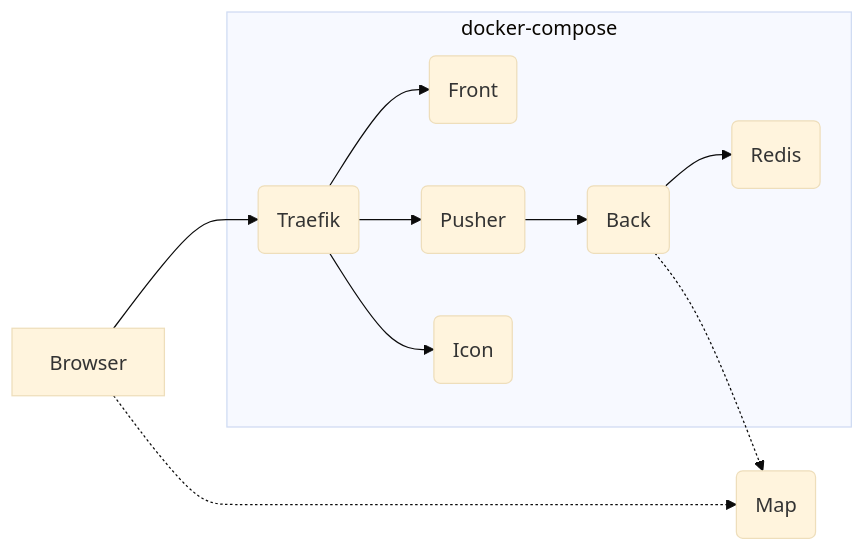
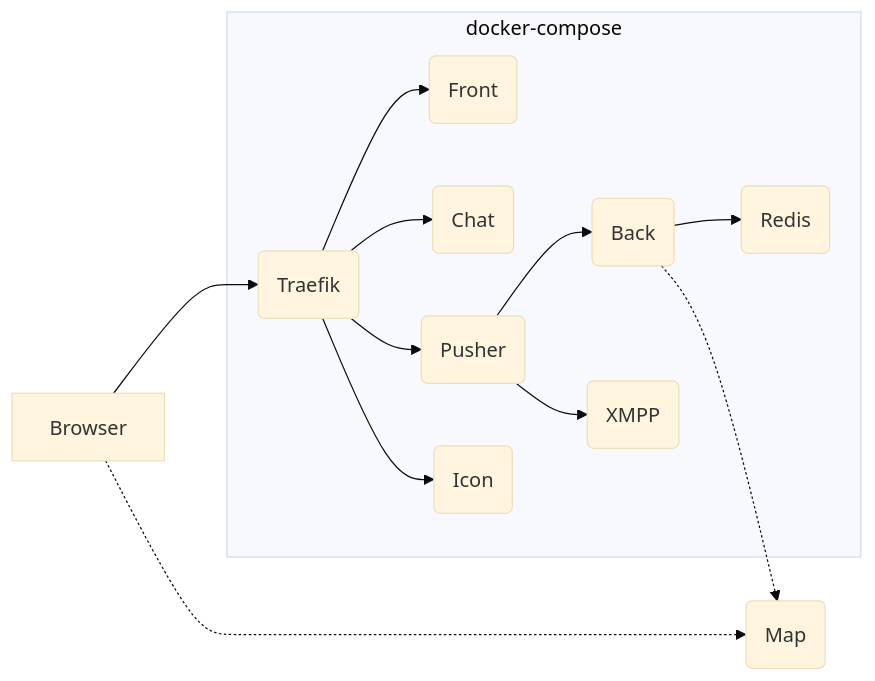
One commit to happydeveloper0305/workadventure changed the diagram in contrib/docker/README.md. Above: the diagram before and after it, drawn with Mermaid (base theme). The commit also changed other lines of this file and 2 other files, not shown here.

````diff
--- a/contrib/docker/README.md
+++ b/contrib/docker/README.md
@@ -18,13 +20,15 @@
 ```mermaid
 graph LR
     A[Browser] --> B(Traefik)
     subgraph docker-compose
     B --> C(Front)
+    B --> I(Chat)
     B --> D(Pusher)
     B --> E(Icon)
     D --> F(Back)
     F --> G(Redis)
+    D --> J(XMPP)
     end
     A .-> H(Map)
     F .-> H
 ```
````
